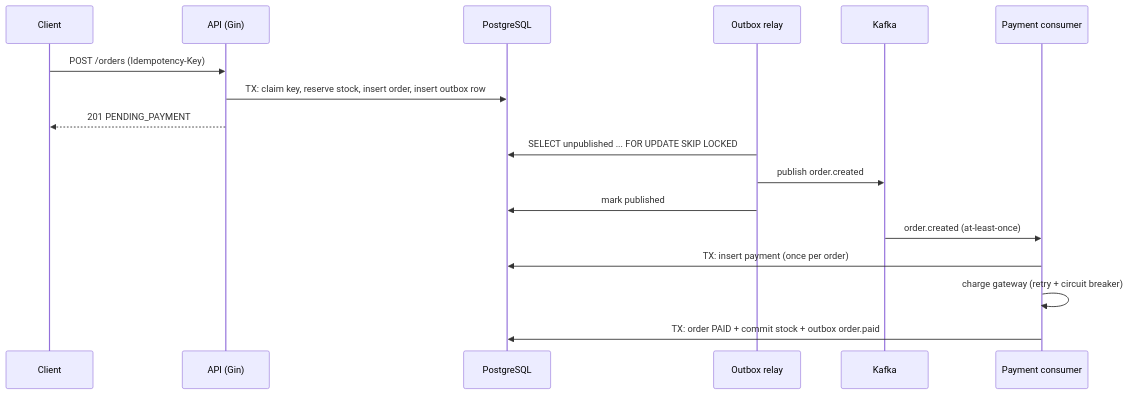
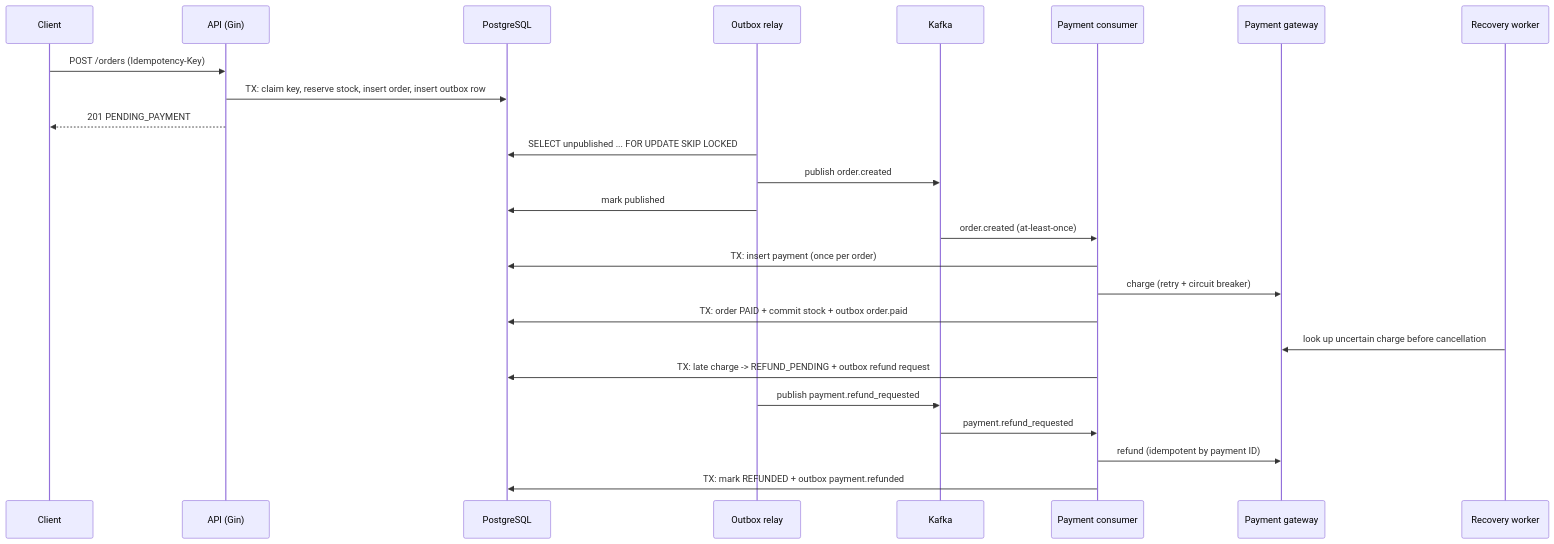
The diagram in docs/architecture/overview.md (BrianObonyo/order-processing-system), drawn with Mermaid before and after one commit. The commit also changed other lines of this file and 15 other files, not shown here.

````diff
--- a/docs/architecture/overview.md
+++ b/docs/architecture/overview.md
@@ -5,19 +5,27 @@
 ```mermaid
 sequenceDiagram
   participant C as Client
   participant A as API (Gin)
   participant P as PostgreSQL
   participant R as Outbox relay
   participant K as Kafka
   participant W as Payment consumer
+  participant G as Payment gateway
+  participant X as Recovery worker
   C->>A: POST /orders (Idempotency-Key)
   A->>P: TX: claim key, reserve stock, insert order, insert outbox row
   A-->>C: 201 PENDING_PAYMENT
   R->>P: SELECT unpublished ... FOR UPDATE SKIP LOCKED
   R->>K: publish order.created
   R->>P: mark published
   K->>W: order.created (at-least-once)
   W->>P: TX: insert payment (once per order)
-  W->>W: charge gateway (retry + circuit breaker)
+  W->>G: charge (retry + circuit breaker)
   W->>P: TX: order PAID + commit stock + outbox order.paid
+  X->>G: look up uncertain charge before cancellation
+  W->>P: TX: late charge -> REFUND_PENDING + outbox refund request
+  R->>K: publish payment.refund_requested
+  K->>W: payment.refund_requested
+  W->>G: refund (idempotent by payment ID)
+  W->>P: TX: mark REFUNDED + outbox payment.refunded
 ```
````
